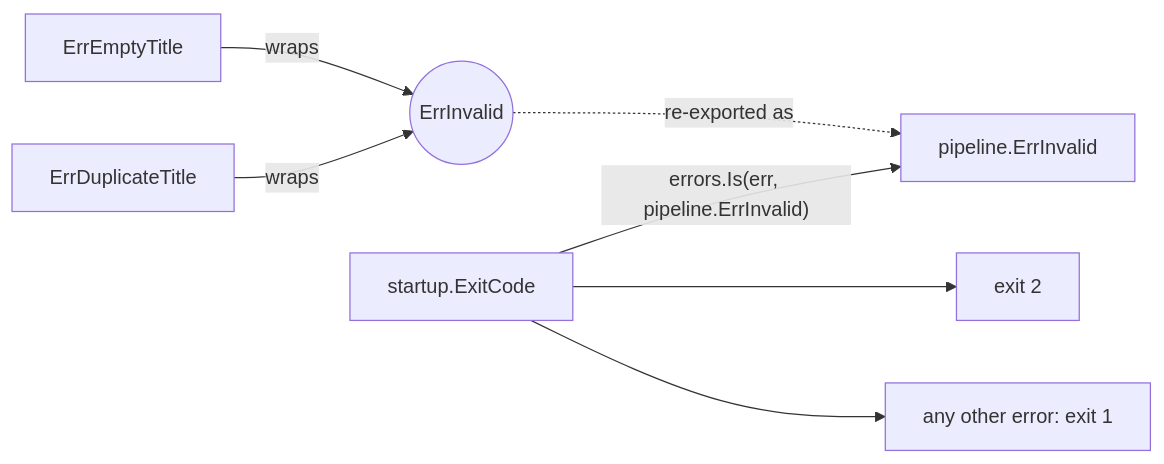
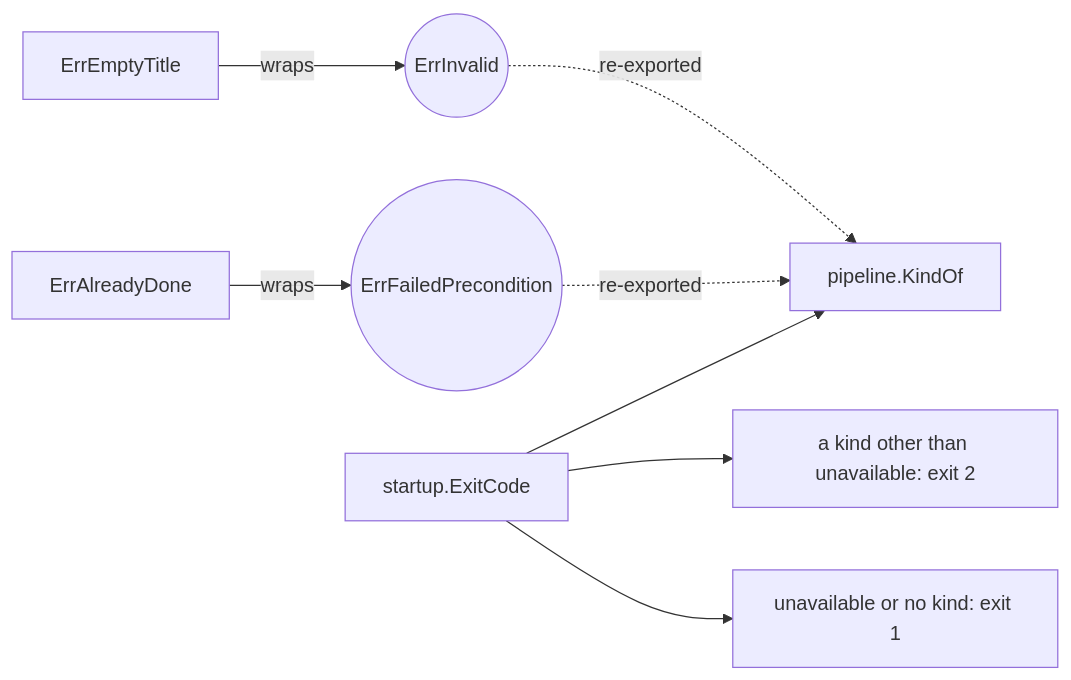
One commit to InsonusK/ai-skills changed the diagram in library/architecture/go/base-plateau-in-go.skill/glossary/error-kind.md. Above: the diagram before and after it, drawn with Mermaid. The commit also changed other lines of this file and 51 other files, not shown here.

First line of the commit message:
feat(develop): error kinds — one table from kind to gRPC code, HTTP status, exit code

````diff
--- a/library/architecture/go/base-plateau-in-go.skill/glossary/error-kind.md
+++ b/library/architecture/go/base-plateau-in-go.skill/glossary/error-kind.md
@@ -18,9 +18,10 @@
 ```mermaid
 flowchart LR
-    R1["ErrEmptyTitle"] -->|wraps| K(("ErrInvalid"))
-    R2["ErrDuplicateTitle"] -->|wraps| K
-    K -. re-exported as .-> A["pipeline.ErrInvalid"]
-    S["startup.ExitCode"] -->|"errors.Is(err, pipeline.ErrInvalid)"| A
-    S --> X2["exit 2"]
-    S --> X1["any other error: exit 1"]
+    R1["ErrEmptyTitle"] -->|wraps| K1(("ErrInvalid"))
+    R2["ErrAlreadyDone"] -->|wraps| K2(("ErrFailedPrecondition"))
+    K1 -. re-exported .-> P["pipeline.KindOf"]
+    K2 -. re-exported .-> P
+    S["startup.ExitCode"] --> P
+    S --> X2["a kind other than unavailable: exit 2"]
+    S --> X1["unavailable or no kind: exit 1"]
 ```
````
